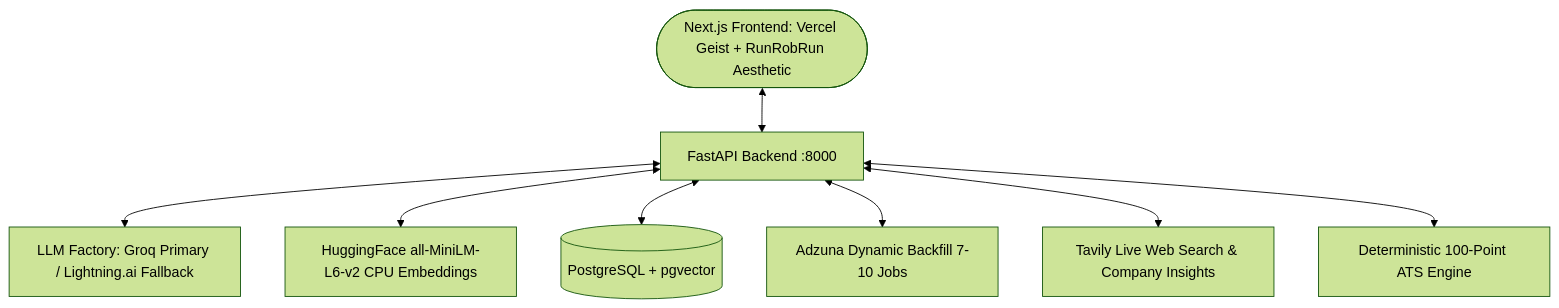
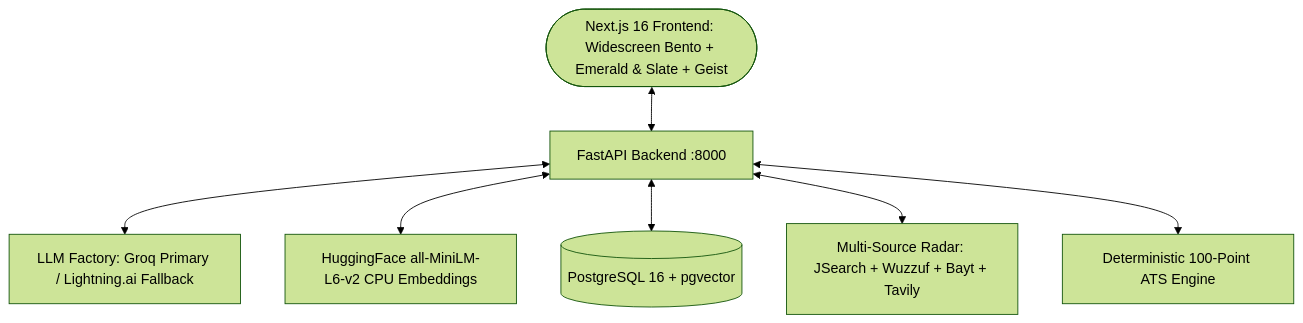
Before and after one commit to Mostafa710/career-copilot: the diagram in docs/implementation_plan.md, drawn with Mermaid (forest theme). The commit also changed other lines of this file and 2 other files, not shown here.

````diff
--- a/docs/implementation_plan.md
+++ b/docs/implementation_plan.md
@@ -7,10 +7,9 @@
 ```mermaid
 graph TD
-    Client([Next.js Frontend: Vercel Geist + RunRobRun Aesthetic]) <--> API[FastAPI Backend :8000]
+    Client([Next.js 16 Frontend: Widescreen Bento + Emerald & Slate + Geist]) <--> API[FastAPI Backend :8000]
     API <--> LLM[LLM Factory: Groq Primary / Lightning.ai Fallback]
     API <--> Embed[HuggingFace all-MiniLM-L6-v2 CPU Embeddings]
-    API <--> DB[(PostgreSQL + pgvector)]
-    API <--> Adzuna[Adzuna Dynamic Backfill 7-10 Jobs]
-    API <--> Tavily[Tavily Live Web Search & Company Insights]
+    API <--> DB[(PostgreSQL 16 + pgvector)]
+    API <--> Sources[Multi-Source Radar: JSearch + Wuzzuf + Bayt + Tavily]
     API <--> ATS[Deterministic 100-Point ATS Engine]
 ```
````
